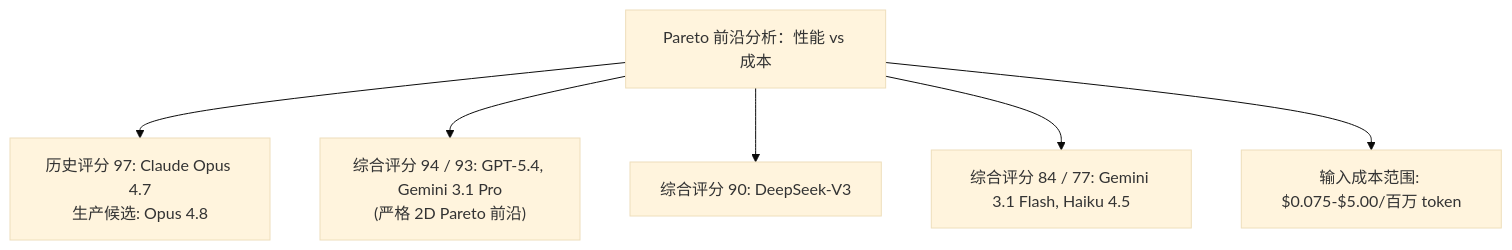
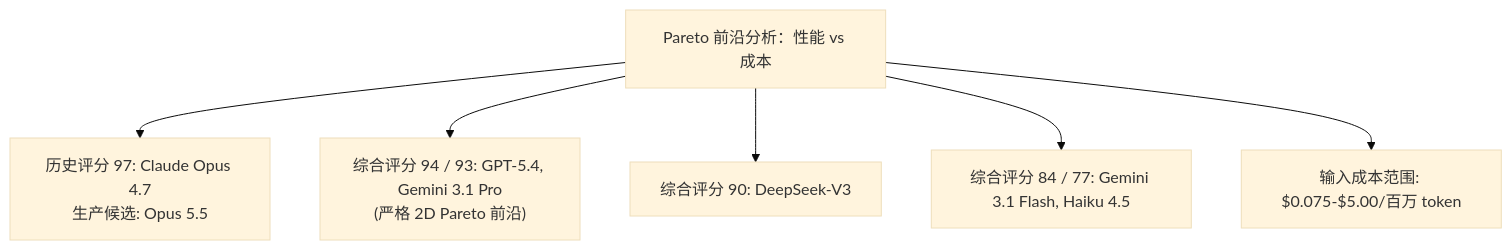
One commit to yeasy/claude_guide changed the second of 3 diagrams in 12_appendix/12.6_model_comparison.md. Above: the diagram before and after it, drawn with Mermaid (base theme). The commit also changed other lines of this file and 14 other files, not shown here.

````diff
--- a/12_appendix/12.6_model_comparison.md
+++ b/12_appendix/12.6_model_comparison.md
@@ -614,15 +614,15 @@
 ```mermaid
 graph TD
     A["Pareto 前沿分析：性能 vs 成本"]
-    B["历史评分 97: Claude Opus 4.7<br/>生产候选: Opus 4.8"]
+    B["历史评分 97: Claude Opus 4.7<br/>生产候选: Opus 5.5"]
     C["综合评分 94 / 93: GPT-5.4, Gemini 3.1 Pro<br/>(严格 2D Pareto 前沿)"]
     D["综合评分 90: DeepSeek-V3"]
     E["综合评分 84 / 77: Gemini 3.1 Flash, Haiku 4.5"]
     F["输入成本范围: $0.075-$5.00/百万 token"]
 
     A --> B
     A --> C
     A --> D
     A --> E
     A --> F
 ```
````
